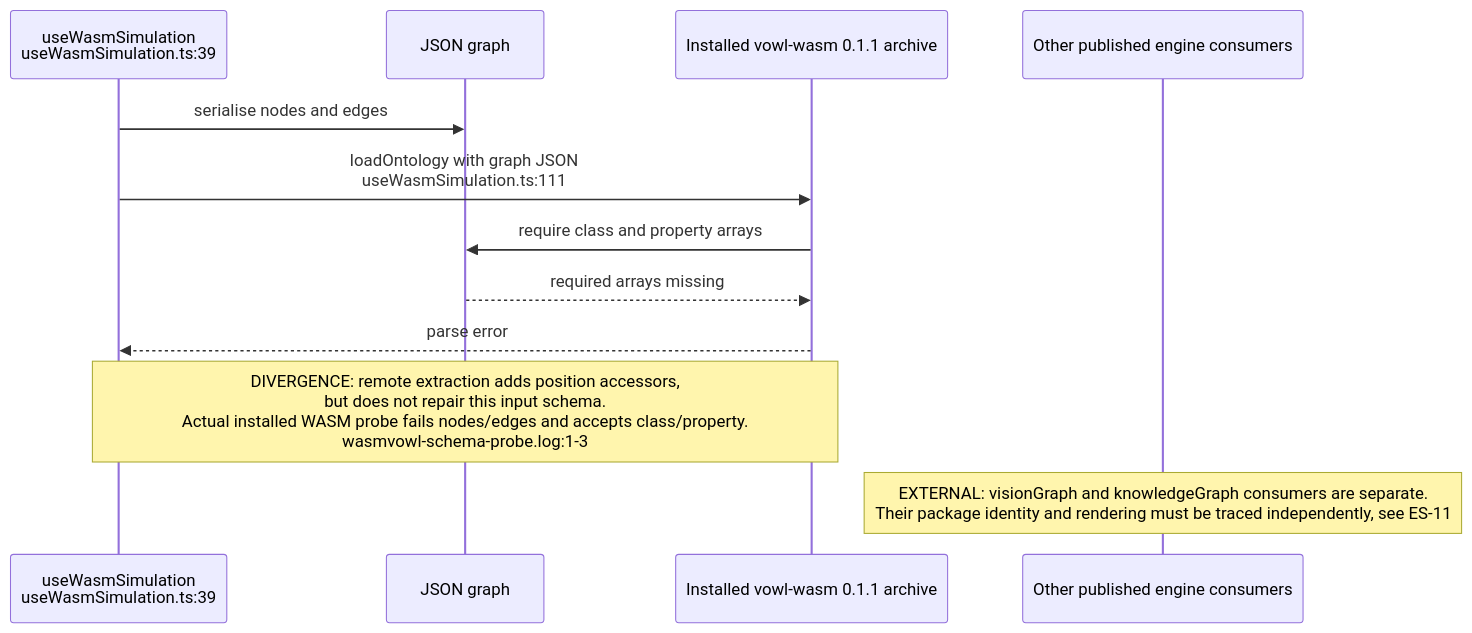
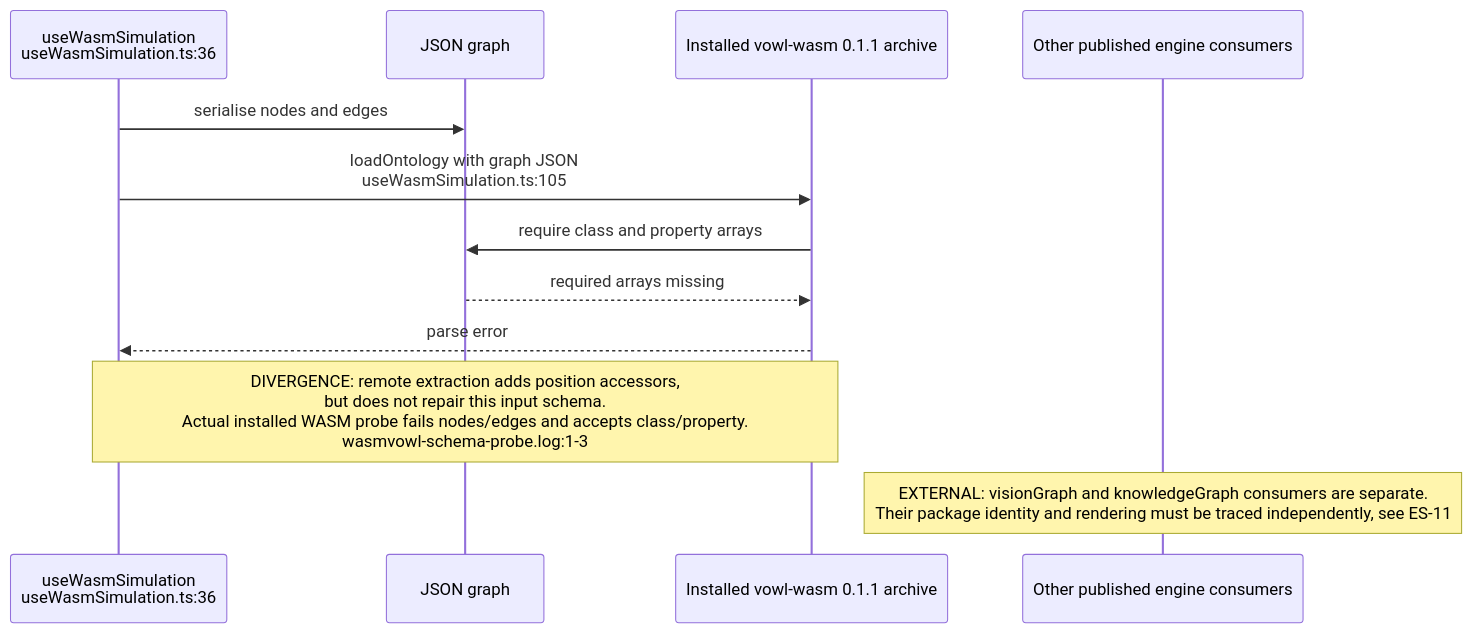
The third of 5 diagrams in docs/diagrams/estate/90-evidence-and-supporting-repositories.md (DreamLab-AI/VisionFlow), drawn with Mermaid before and after one commit. The commit also changed other lines of this file and 94 other files, not shown here.

First line of the commit message:
docs(diagrams): re-verify 130 topics against 2 October HEADs

````diff
--- a/docs/diagrams/estate/90-evidence-and-supporting-repositories.md
+++ b/docs/diagrams/estate/90-evidence-and-supporting-repositories.md
@@ -61,14 +69,14 @@
 ```mermaid
 sequenceDiagram
-    participant H as useWasmSimulation<br/>useWasmSimulation.ts:39
+    participant H as useWasmSimulation<br/>useWasmSimulation.ts:36
     participant J as JSON graph
     participant P as Installed vowl-wasm 0.1.1 archive
     participant V as Other published engine consumers
     H->>J: serialise nodes and edges
-    H->>P: loadOntology with graph JSON<br/>useWasmSimulation.ts:111
+    H->>P: loadOntology with graph JSON<br/>useWasmSimulation.ts:105
     P->>J: require class and property arrays
     J-->>P: required arrays missing
     P-->>H: parse error
     Note over H,P: DIVERGENCE: remote extraction adds position accessors,<br/>but does not repair this input schema.<br/>Actual installed WASM probe fails nodes/edges and accepts class/property.<br/>wasmvowl-schema-probe.log:1-3
     Note over V: EXTERNAL: visionGraph and knowledgeGraph consumers are separate.<br/>Their package identity and rendering must be traced independently, see ES-11
 ```
````
